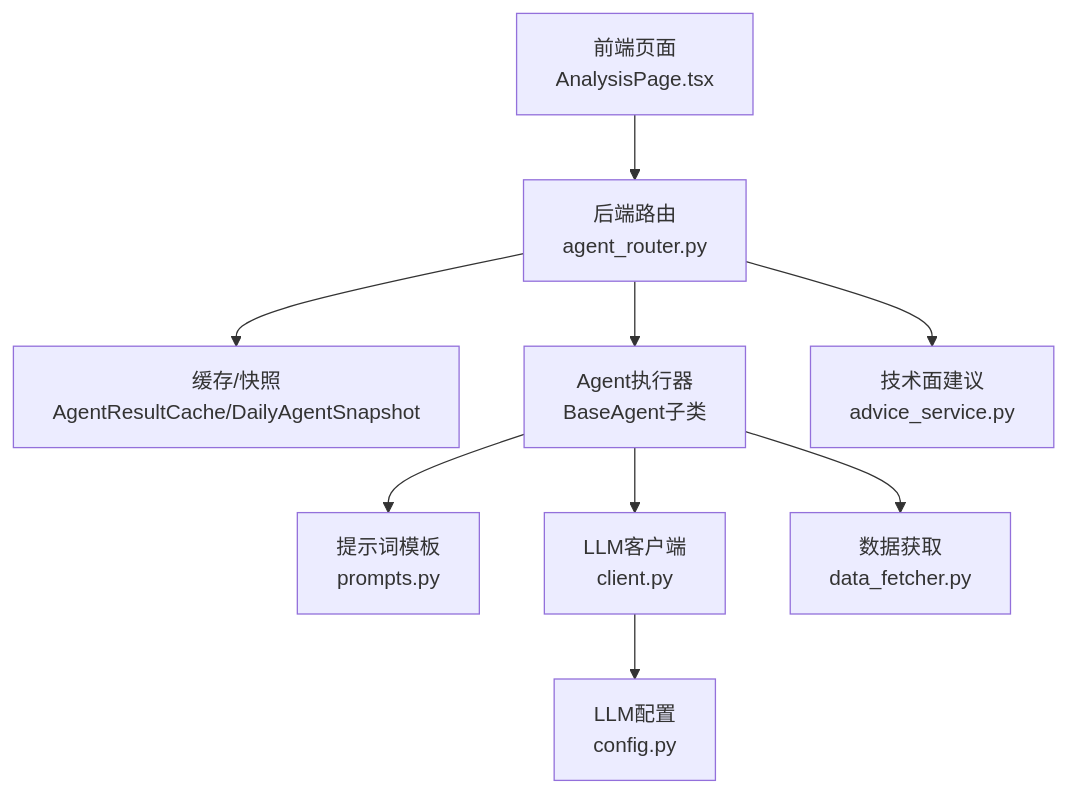
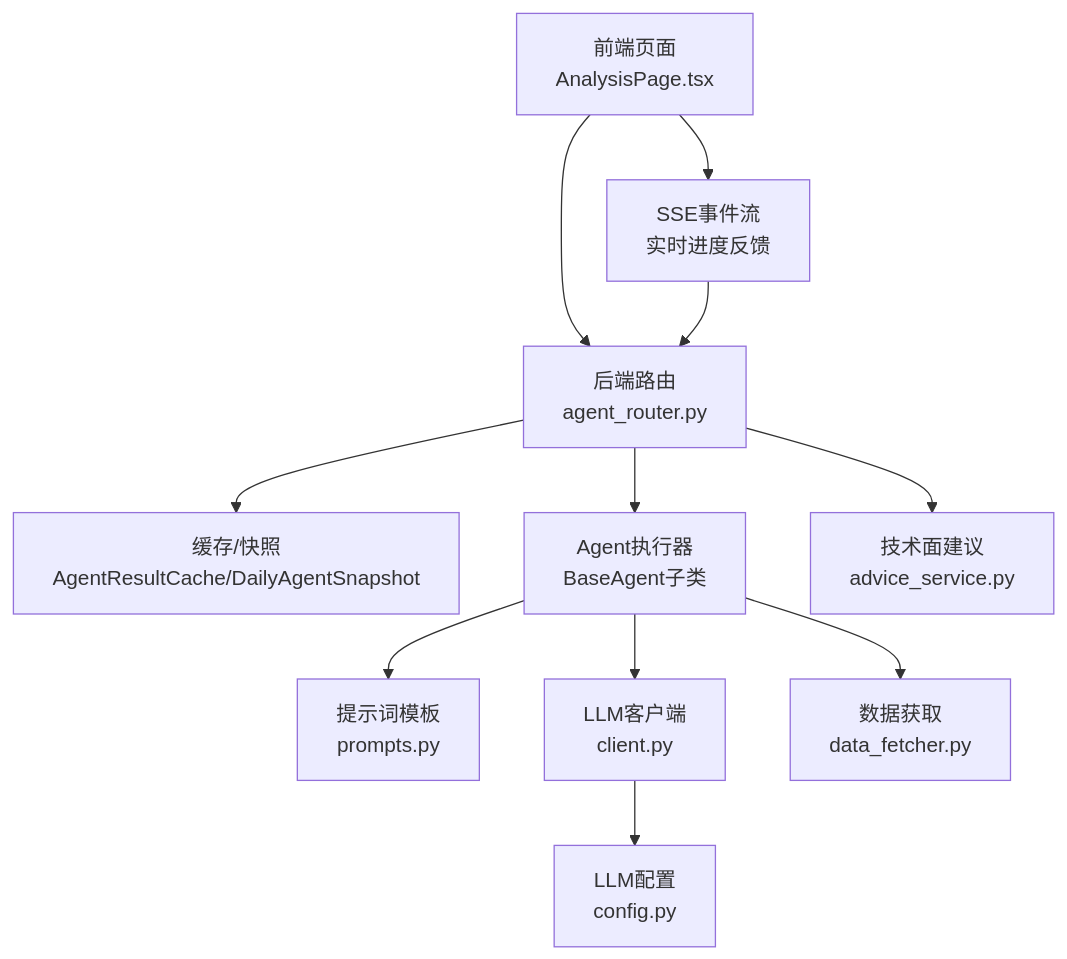
The second of 9 diagrams in .qoder/repowiki/zh/content/架构设计/后端架构设计/AI提示词优化.md (Moruime/stock_foker), drawn with Mermaid before and after one commit. The commit also changed other lines of this file and 16 other files, not shown here.

````diff
--- a/.qoder/repowiki/zh/content/架构设计/后端架构设计/AI提示词优化.md
+++ b/.qoder/repowiki/zh/content/架构设计/后端架构设计/AI提示词优化.md
@@ -147,11 +169,13 @@
 ```mermaid
 graph TB
 UI["前端页面<br/>AnalysisPage.tsx"] --> API["后端路由<br/>agent_router.py"]
 API --> Cache["缓存/快照<br/>AgentResultCache/DailyAgentSnapshot"]
 API --> Agents["Agent执行器<br/>BaseAgent子类"]
 Agents --> Prompts["提示词模板<br/>prompts.py"]
 Agents --> LLM["LLM客户端<br/>client.py"]
 Agents --> Data["数据获取<br/>data_fetcher.py"]
 LLM --> Config["LLM配置<br/>config.py"]
 API --> Tech["技术面建议<br/>advice_service.py"]
+UI --> SSE["SSE事件流<br/>实时进度反馈"]
+SSE --> API
 ```
````
